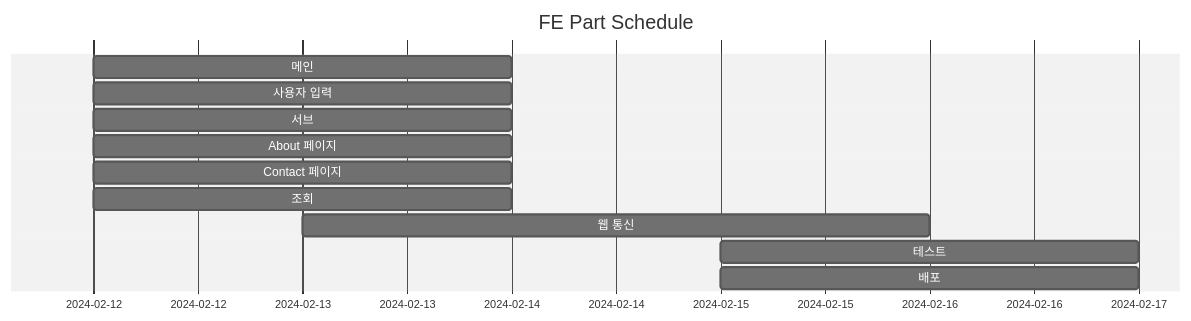
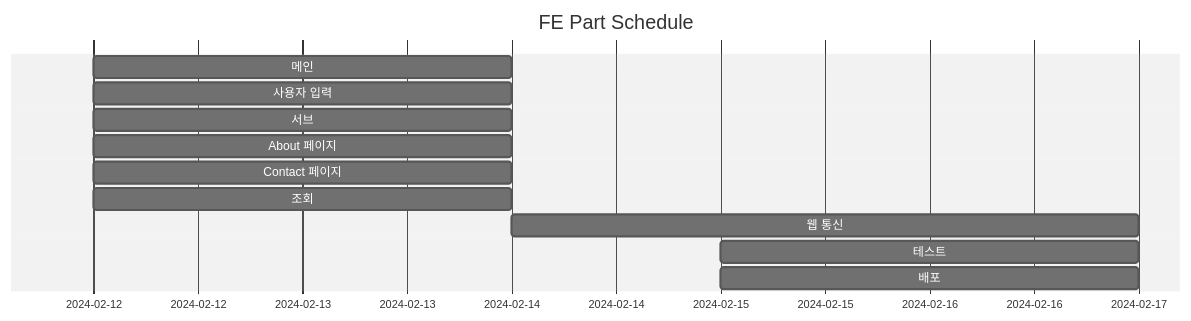
The second of 2 diagrams in README.md (TheRealParkJoohyung/product-pricing), drawn with Mermaid (neutral theme) before and after one commit.

````diff
--- a/README.md
+++ b/README.md
@@ -61,14 +61,14 @@
 ```mermaid
 gantt
     title FE Part Schedule
     dateFormat YYYY-MM-DD
     메인 :2024-02-12, 2d
     사용자 입력 :2024-02-12, 2d
     서브 :2024-02-12, 2d
     About 페이지 :2024-02-12, 2d
     Contact 페이지 :2024-02-12, 2d
     조회 :2024-02-12, 2d
-    웹 통신 :2024-02-13, 3d
+    웹 통신 :2024-02-14, 3d
     테스트 :2024-02-15, 2d
     배포 :2024-02-15, 2d
 ```
````
